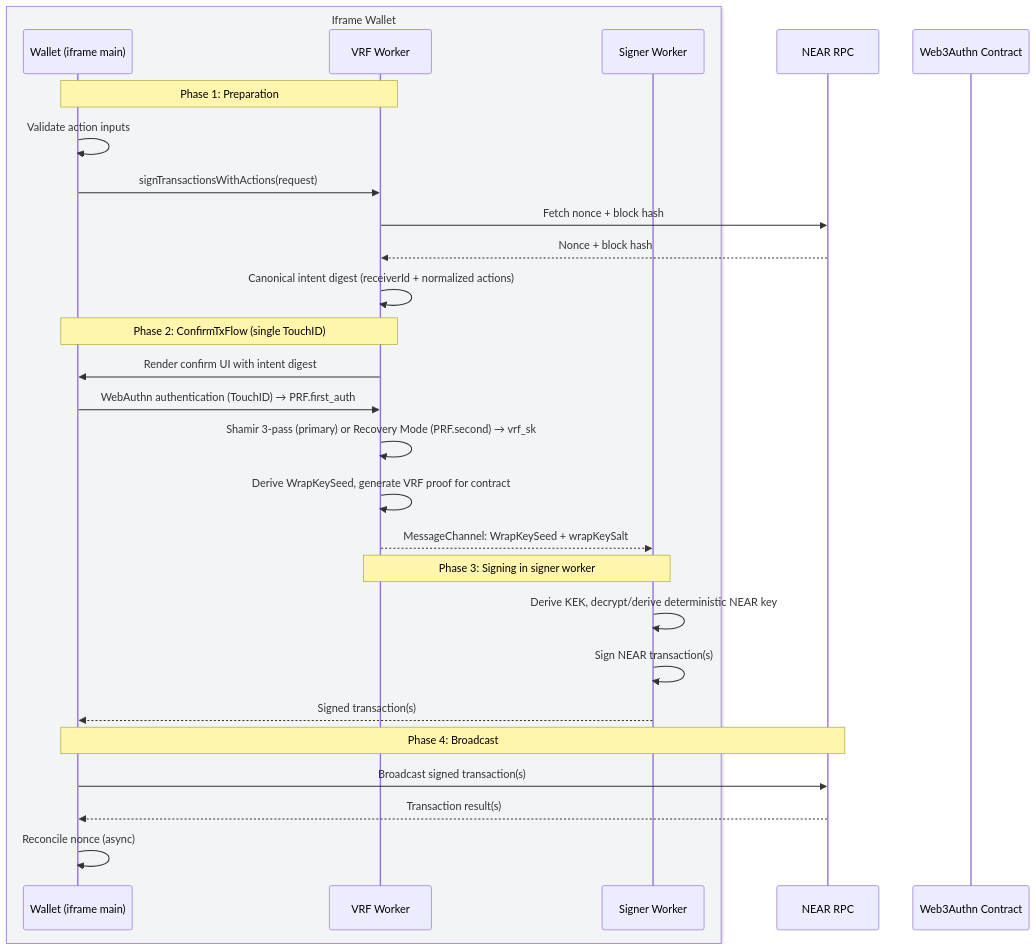
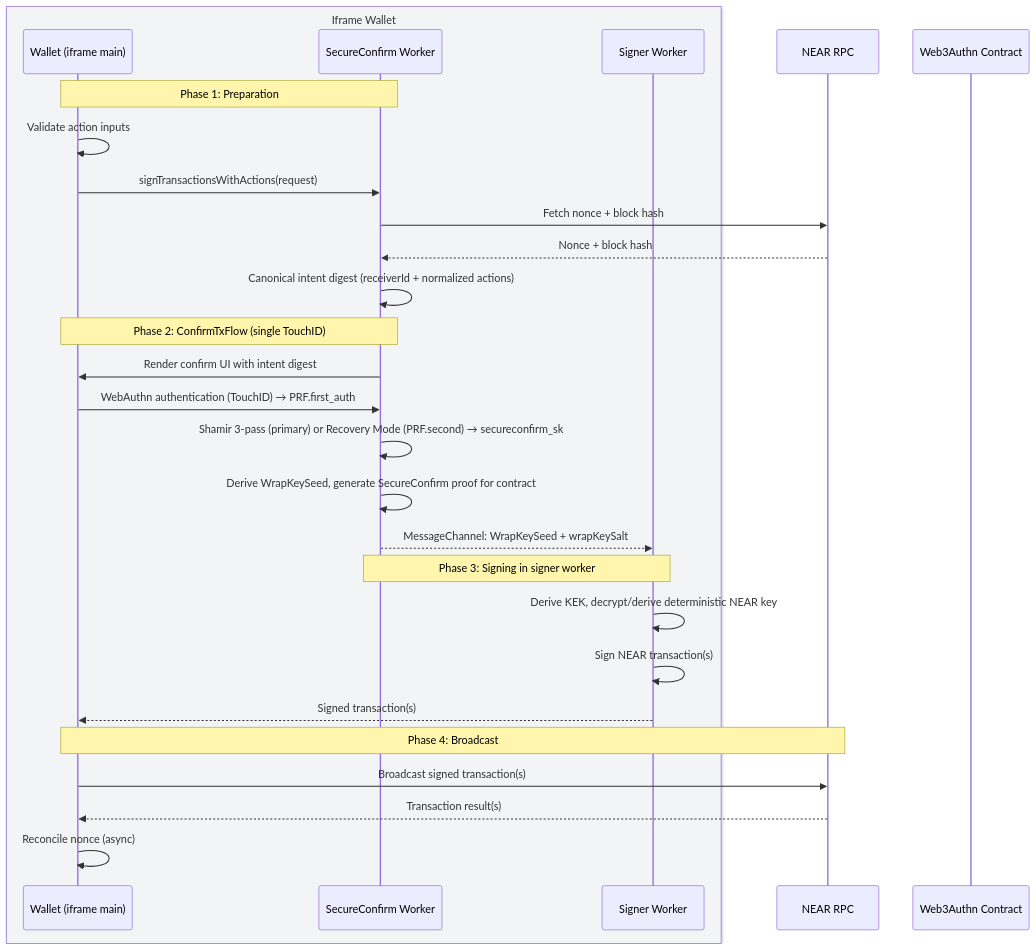
One commit to peitalin/simple-threshold-signer changed the fifth of 5 diagrams in examples/tatchi-docs/src/docs/concepts/architecture.md. Above: the diagram before and after it, drawn with Mermaid. The commit also changed other lines of this file and 242 other files, not shown here.

````diff
--- a/examples/tatchi-docs/src/docs/concepts/architecture.md
+++ b/examples/tatchi-docs/src/docs/concepts/architecture.md
@@ -174,34 +174,34 @@
 ```mermaid
 sequenceDiagram
     box rgb(243, 244, 246) Iframe Wallet
     participant UI as Wallet (iframe main)
-    participant VRF as VRF Worker
+    participant SecureConfirm as SecureConfirm Worker
     participant Signer as Signer Worker
     end
     participant NEAR as NEAR RPC
     participant Contract as Web3Authn Contract
 
-    Note over UI,VRF: Phase 1: Preparation
+    Note over UI,SecureConfirm: Phase 1: Preparation
     UI->>UI: Validate action inputs
-    UI->>VRF: signTransactionsWithActions(request)
-    VRF->>NEAR: Fetch nonce + block hash
-    NEAR-->>VRF: Nonce + block hash
-    VRF->>VRF: Canonical intent digest (receiverId + normalized actions)
+    UI->>SecureConfirm: signTransactionsWithActions(request)
+    SecureConfirm->>NEAR: Fetch nonce + block hash
+    NEAR-->>SecureConfirm: Nonce + block hash
+    SecureConfirm->>SecureConfirm: Canonical intent digest (receiverId + normalized actions)
 
-    Note over UI,VRF: Phase 2: ConfirmTxFlow (single TouchID)
-    VRF->>UI: Render confirm UI with intent digest
-    UI->>VRF: WebAuthn authentication (TouchID) → PRF.first_auth
-    VRF->>VRF: Shamir 3-pass (primary) or Recovery Mode (PRF.second) → vrf_sk
-    VRF->>VRF: Derive WrapKeySeed, generate VRF proof for contract
-    VRF-->>Signer: MessageChannel: WrapKeySeed + wrapKeySalt
+    Note over UI,SecureConfirm: Phase 2: ConfirmTxFlow (single TouchID)
+    SecureConfirm->>UI: Render confirm UI with intent digest
+    UI->>SecureConfirm: WebAuthn authentication (TouchID) → PRF.first_auth
+    SecureConfirm->>SecureConfirm: Shamir 3-pass (primary) or Recovery Mode (PRF.second) → secureconfirm_sk
+    SecureConfirm->>SecureConfirm: Derive WrapKeySeed, generate SecureConfirm proof for contract
+    SecureConfirm-->>Signer: MessageChannel: WrapKeySeed + wrapKeySalt
 
-    Note over VRF,Signer: Phase 3: Signing in signer worker
+    Note over SecureConfirm,Signer: Phase 3: Signing in signer worker
     Signer->>Signer: Derive KEK, decrypt/derive deterministic NEAR key
     Signer->>Signer: Sign NEAR transaction(s)
     Signer-->>UI: Signed transaction(s)
 
     Note over UI,NEAR: Phase 4: Broadcast
     UI->>NEAR: Broadcast signed transaction(s)
     NEAR-->>UI: Transaction result(s)
     UI->>UI: Reconcile nonce (async)
 ```
````
